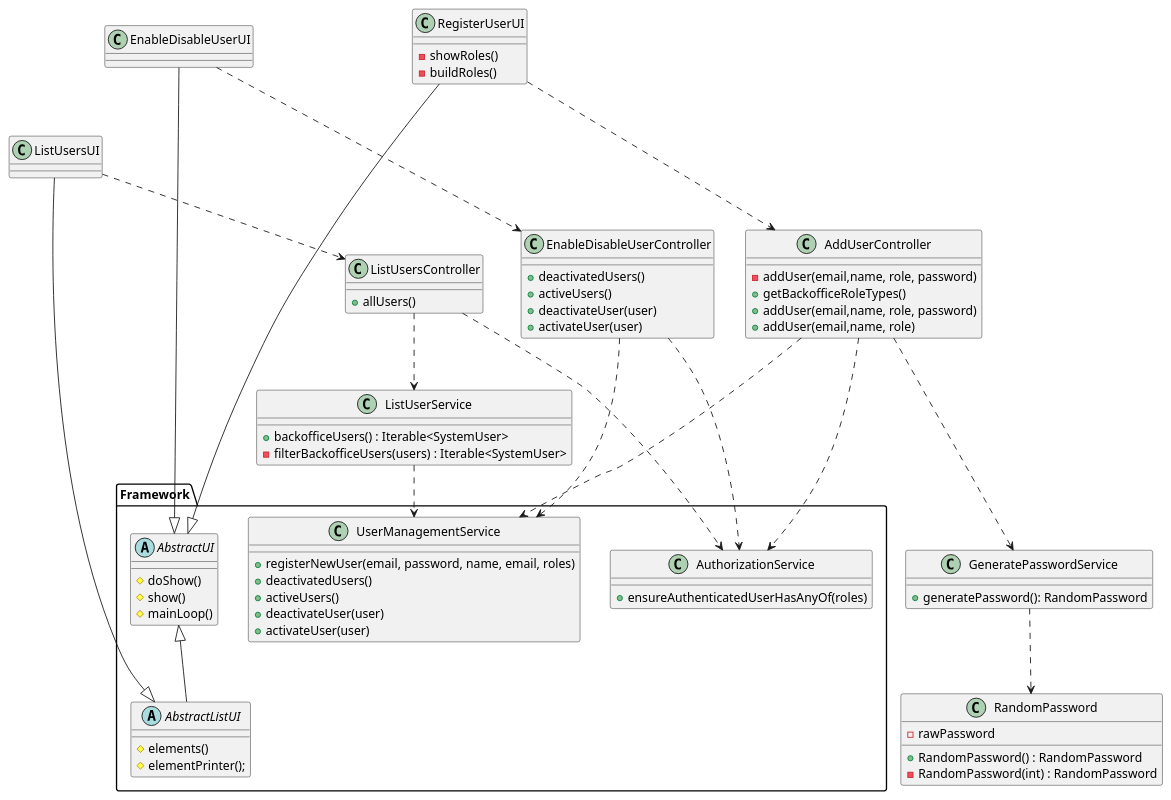
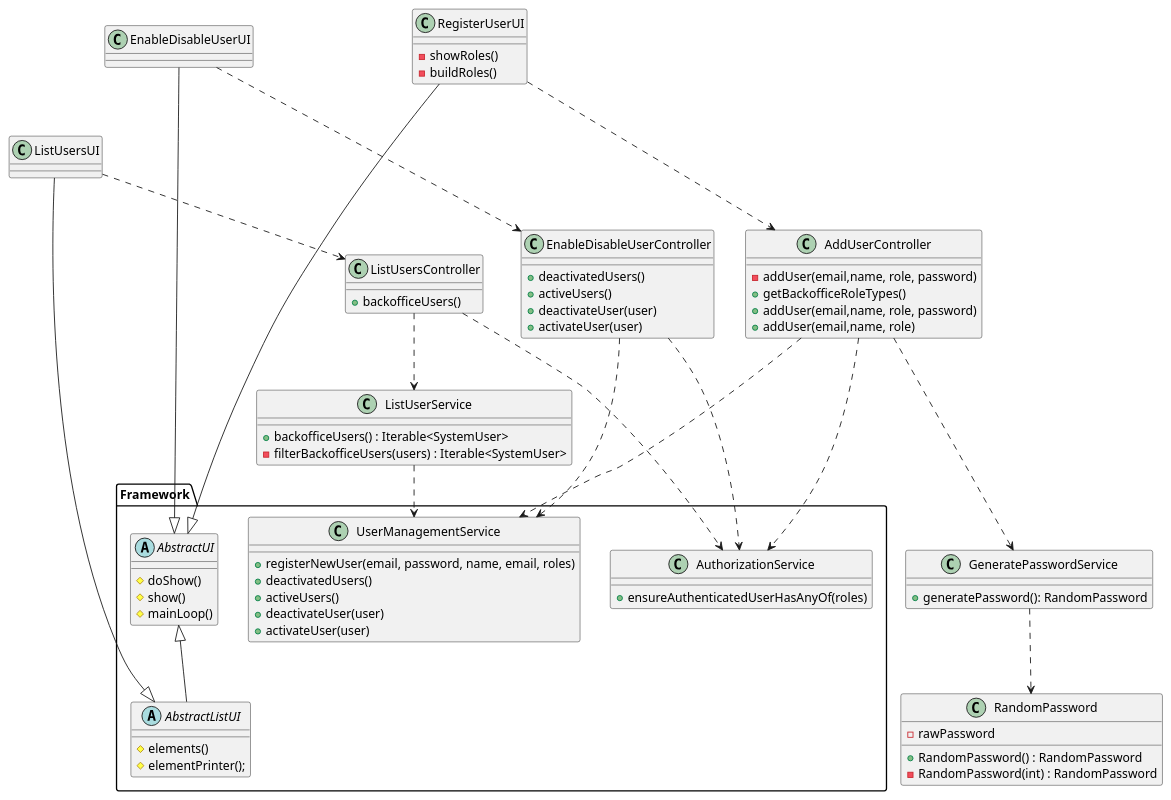
One commit to rita-barbosa/LAPR4-2324 changed the diagram in docs/sb_us_1000/class-diagram.puml. Above: the diagram before and after it, drawn with PlantUML. The commit also changed 15 other files, not shown here.

Commit message:
docs: corrects participants declaration in sequence diagrams of us's 1000, 1001, 1009 and g007. [#116]

```diff
--- a/docs/sb_us_1000/class-diagram.puml
+++ b/docs/sb_us_1000/class-diagram.puml
@@ -1,105 +1,105 @@
 @startuml
 
 
 ' Services
 package Framework {
 abstract class AbstractUI {
     # doShow()
     # show()
     # mainLoop()
 }
 abstract class AbstractListUI{
     # elements()
     # elementPrinter();
 }
 
 class AuthorizationService {
     + ensureAuthenticatedUserHasAnyOf(roles)
 }
 
 class UserManagementService {
     + registerNewUser(email, password, name, email, roles)
     + deactivatedUsers()
     + activeUsers()
     + deactivateUser(user)
     + activateUser(user)
 }
 
 }
 
 
 class RegisterUserUI {
 - showRoles()
 - buildRoles()
 }
 class ListUsersUI {
 
 }
 class EnableDisableUserUI {
 
 }
 
 
 class AddUserController{
 - addUser(email,name, role, password)
 + getBackofficeRoleTypes()
 + addUser(email,name, role, password)
 + addUser(email,name, role)
 }
 class ListUsersController  {
-+ allUsers()
++ backofficeUsers()
 }
 
 class EnableDisableUserController  {
 + deactivatedUsers()
 + activeUsers()
 + deactivateUser(user)
 + activateUser(user)
 }
 
 class GeneratePasswordService {
 + generatePassword(): RandomPassword
 }
 
 class ListUserService{
 + backofficeUsers() : Iterable<SystemUser>
 - filterBackofficeUsers(users) : Iterable<SystemUser>
 }
 
 class RandomPassword{
 - rawPassword
 + RandomPassword() : RandomPassword
 - RandomPassword(int) : RandomPassword
 }
 
 AbstractUI <|--- RegisterUserUI
 AbstractUI <|-- AbstractListUI
 AbstractListUI <|-- ListUsersUI
 AbstractUI <|- EnableDisableUserUI
 
 
 RegisterUserUI .--> AddUserController
 AddUserController .--> AuthorizationService
 AddUserController .--> UserManagementService
 AddUserController .--> GeneratePasswordService
 GeneratePasswordService .-> RandomPassword
 
 ListUsersUI .-> ListUsersController
 ListUsersController .--> AuthorizationService
 ListUserService .-> UserManagementService
 ListUsersController .-> ListUserService
 
 EnableDisableUserUI .--> EnableDisableUserController
 EnableDisableUserController .--> AuthorizationService
 EnableDisableUserController .--> UserManagementService
 
 
 
 
 
 
 
 
 
 
 @enduml
```
